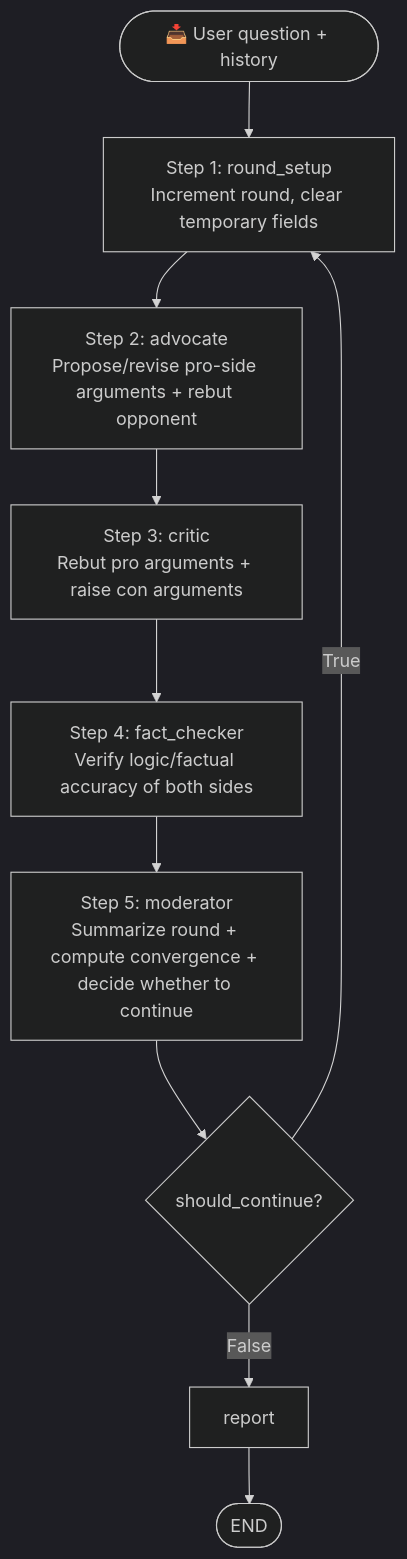
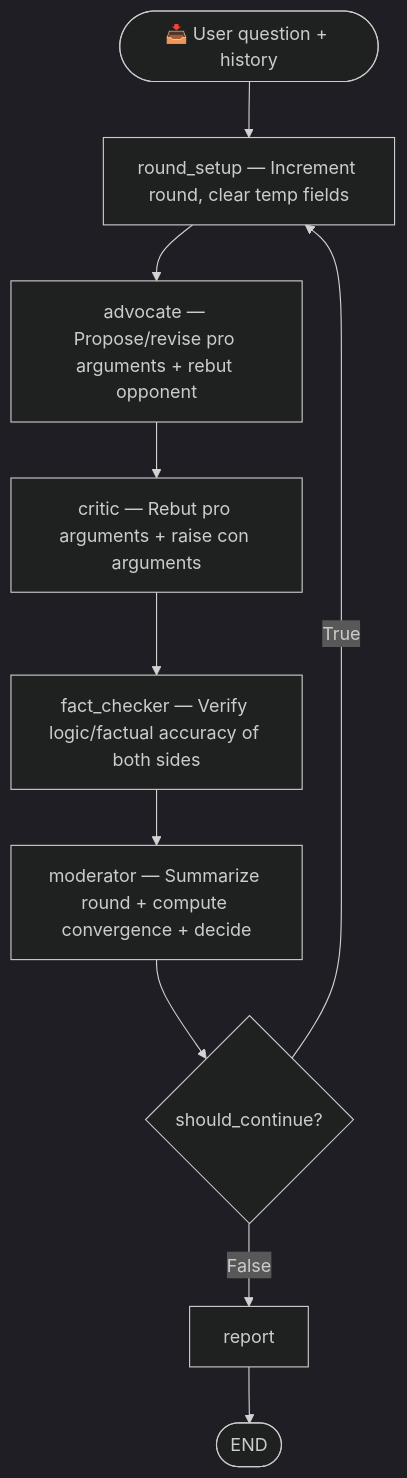
One commit to CAgcoder/MaverickJ changed the second of 3 diagrams in README_EN.md. Above: the diagram before and after it, drawn with Mermaid (dark theme). The commit also changed other lines of this file and 5 other files, not shown here.

````diff
--- a/README_EN.md
+++ b/README_EN.md
@@ -105,22 +246,16 @@
 ```mermaid
 flowchart TD
     INPUT(["📥 User question + history"])
-    S1["Step 1: round_setup\nIncrement round, clear temporary fields"]
-    S2["Step 2: advocate\nPropose/revise pro-side arguments + rebut opponent"]
-    S3["Step 3: critic\nRebut pro arguments + raise con arguments"]
-    S4["Step 4: fact_checker\nVerify logic/factual accuracy of both sides"]
-    S5["Step 5: moderator\nSummarize round + compute convergence + decide whether to continue"]
+    S1["round_setup — Increment round, clear temp fields"]
+    S2["advocate — Propose/revise pro arguments + rebut opponent"]
+    S3["critic — Rebut pro arguments + raise con arguments"]
+    S4["fact_checker — Verify logic/factual accuracy of both sides"]
+    S5["moderator — Summarize round + compute convergence + decide"]
     COND{should_continue?}
     REPORT["report"]
     END([END])
 
-    INPUT --> S1
-    S1 --> S2
-    S2 --> S3
-    S3 --> S4
-    S4 --> S5
-    S5 --> COND
+    INPUT --> S1 --> S2 --> S3 --> S4 --> S5 --> COND
     COND -->|True| S1
-    COND -->|False| REPORT
-    REPORT --> END
+    COND -->|False| REPORT --> END
 ```
````
